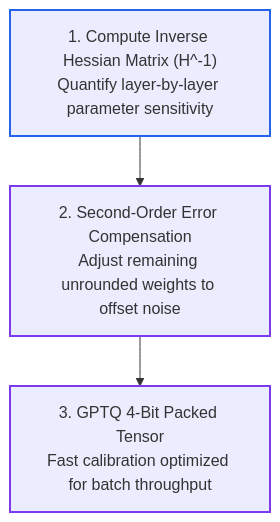
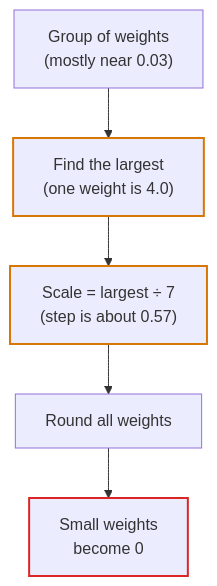
One commit to dip4k/senior-engineer-to-ai-engineer-roadmap changed the second of 3 diagrams in 00-foundations-and-token-mechanics/05-slms-and-quantization-mechanics.md. Above: the diagram before and after it, drawn with Mermaid. The commit also changed other lines of this file and 49 other files, not shown here.

````diff
--- a/00-foundations-and-token-mechanics/05-slms-and-quantization-mechanics.md
+++ b/00-foundations-and-token-mechanics/05-slms-and-quantization-mechanics.md
@@ -142,9 +113,11 @@
 ```mermaid
 flowchart TD
-    Hessian["1. Compute Inverse Hessian Matrix (H^-1)<br>Quantify layer-by-layer parameter sensitivity"] --> Compensate["2. Second-Order Error Compensation<br>Adjust remaining unrounded weights to offset noise"]
-    Compensate --> GPTQ_Out["3. GPTQ 4-Bit Packed Tensor<br>Fast calibration optimized for batch throughput"]
+    A["Group of weights<br>(mostly near 0.03)"] --> B["Find the largest<br>(one weight is 4.0)"]
+    B --> C["Scale = largest ÷ 7<br>(step is about 0.57)"]
+    C --> D["Round all weights"]
+    D --> E["Small weights<br>become 0"]
 
-    style Hessian stroke:#2563eb,stroke-width:2px
-    style Compensate stroke:#7c3aed,stroke-width:2px
-    style GPTQ_Out stroke:#7c3aed,stroke-width:2px
+    style B stroke:#d97706,stroke-width:2px
+    style C stroke:#d97706,stroke-width:2px
+    style E stroke:#dc2626,stroke-width:2px
 ```
````
